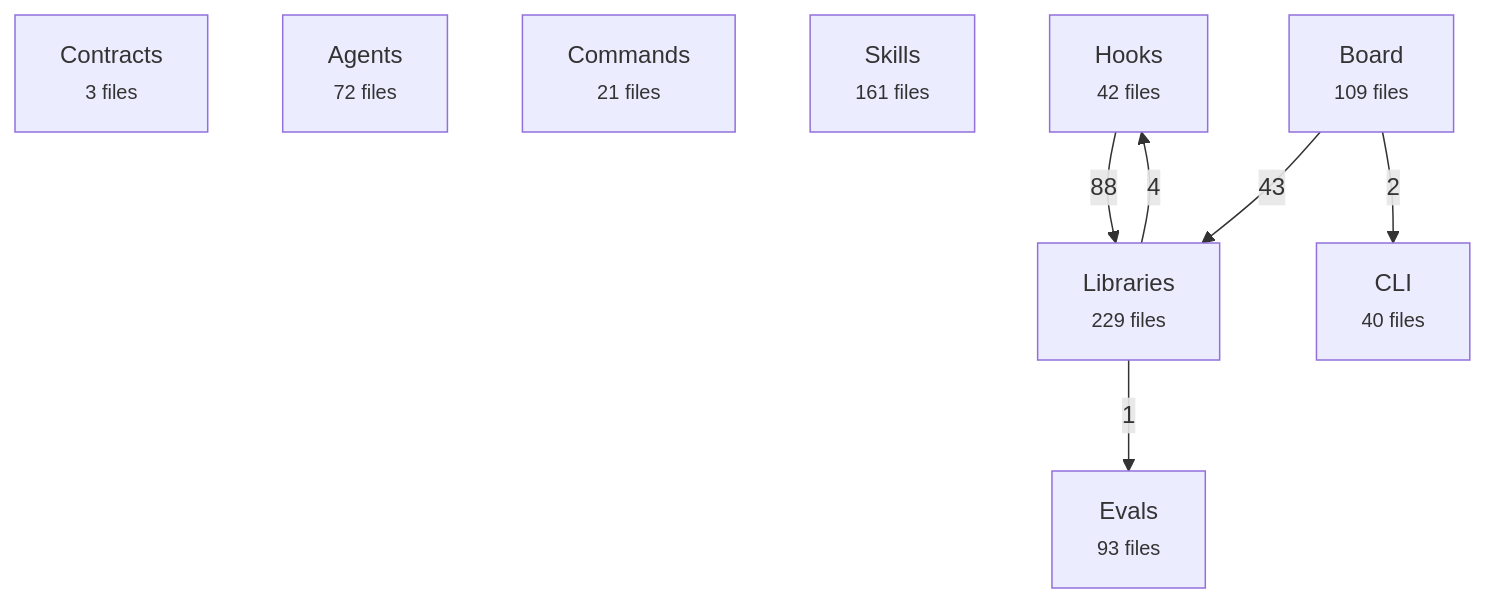
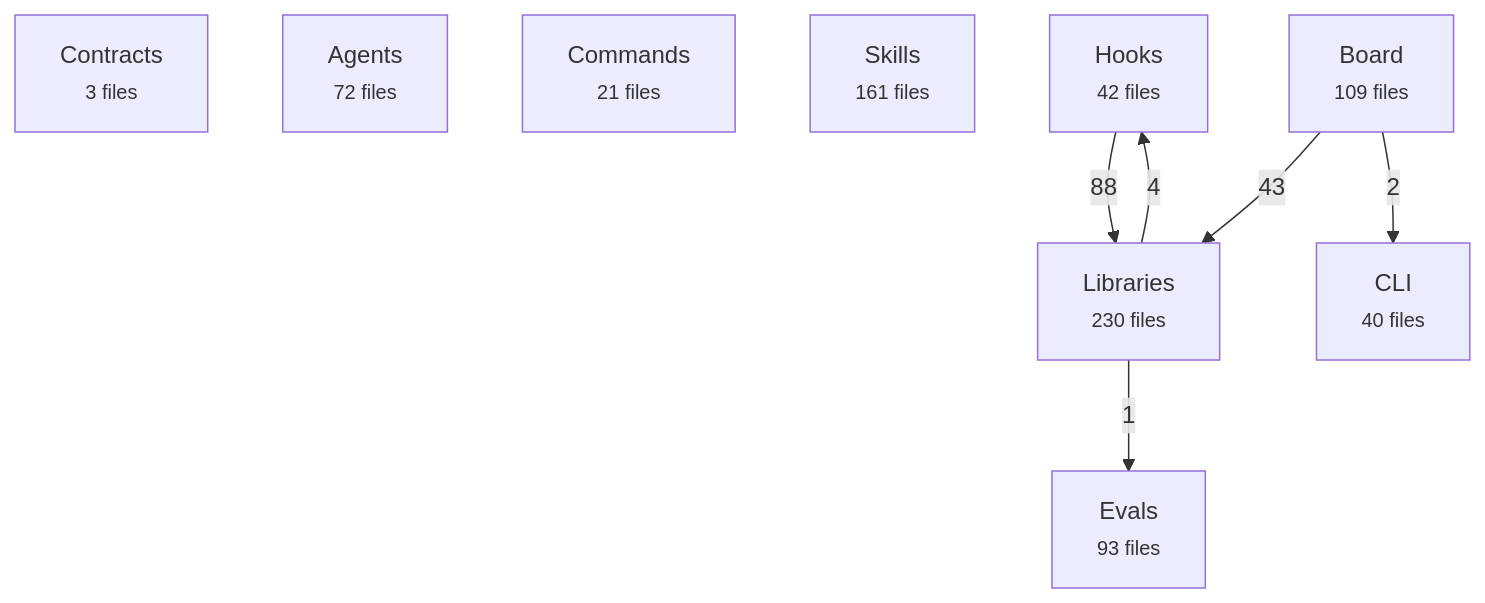
Before and after one commit to avelikiy/great_cto: the first of 2 diagrams in docs/reference/architecture-map.md, drawn with Mermaid. The commit also changed other lines of this file and 9 other files, not shown here.

````diff
--- a/docs/reference/architecture-map.md
+++ b/docs/reference/architecture-map.md
@@ -20,17 +20,17 @@
 ```mermaid
 flowchart TD
   contracts["Contracts<br/><small>3 files</small>"]
   agents["Agents<br/><small>72 files</small>"]
   commands["Commands<br/><small>21 files</small>"]
   skills["Skills<br/><small>161 files</small>"]
   hooks["Hooks<br/><small>42 files</small>"]
-  libs["Libraries<br/><small>229 files</small>"]
+  libs["Libraries<br/><small>230 files</small>"]
   board["Board<br/><small>109 files</small>"]
   cli["CLI<br/><small>40 files</small>"]
   evals["Evals<br/><small>93 files</small>"]
   hooks -->|88| libs
   board -->|43| libs
   libs -->|4| hooks
   board -->|2| cli
   libs -->|1| evals
 ```
````
